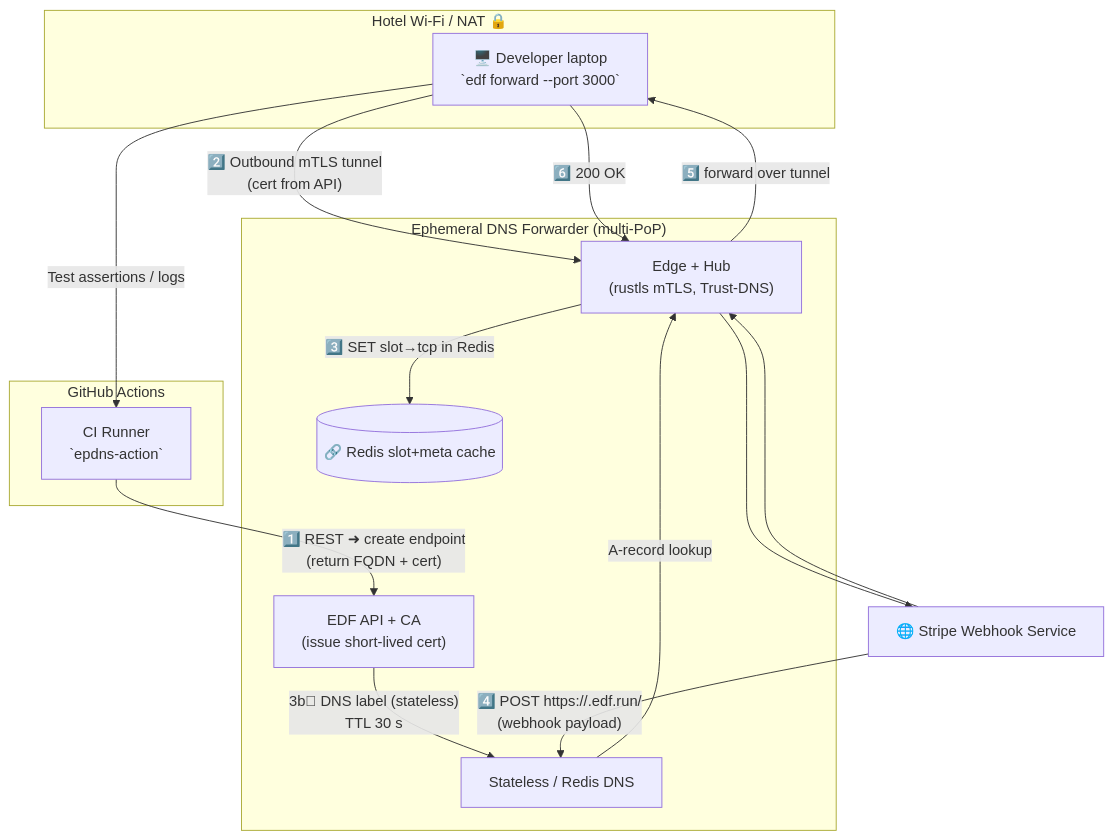
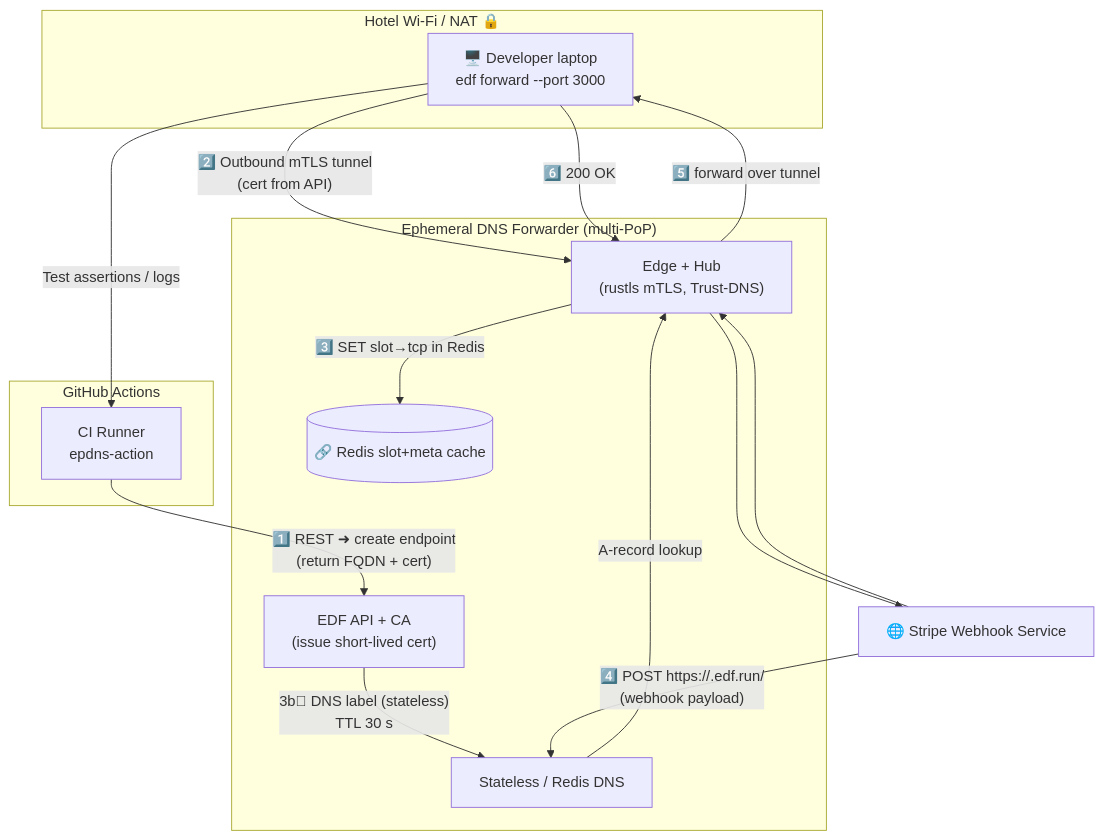
The first of 4 diagrams in README.md (microscaler/fleetingdns), drawn with Mermaid before and after one commit.

Commit message:
Diagram in hotel

````diff
--- a/README.md
+++ b/README.md
@@ -32,37 +32,37 @@
 ```mermaid
 flowchart TD
     %% Actors
     subgraph Hotel_Network["Hotel Wi-Fi / NAT 🔒"]
-        DevLaptop["🖥️ Developer laptop<br/>`edf forward --port 3000`"]
+        DevLaptop["🖥️ Developer laptop <br/> edf forward --port 3000"]
     end
 
     subgraph GitHub_Cloud["GitHub Actions"]
-        GHRunner["CI Runner<br/>`epdns-action`"]
+        GHRunner["CI Runner<br/>epdns-action"]
     end
 
     subgraph EDF_Cloud["Ephemeral DNS Forwarder (multi-PoP)"]
         API["EDF API + CA<br/>(issue short-lived cert)"]
         Redis[(🔗 Redis slot+meta cache)]
         EdgeHub["Edge + Hub<br/>(rustls mTLS, Trust-DNS)"]
         DNSAuth["Stateless / Redis DNS"]
     end
 
     Stripe["🌐 Stripe Webhook Service"]
 
     %% Provisioning / control plane
-    GHRunner -- "1️⃣ REST ➜ create endpoint\n(return FQDN + cert)" --> API
-    DevLaptop -- "2️⃣ Outbound mTLS tunnel\n(cert from API)" --> EdgeHub
+    GHRunner -- "1️⃣ REST ➜ create endpoint<br/>(return FQDN + cert)" --> API
+    DevLaptop -- "2️⃣ Outbound mTLS tunnel<br/>(cert from API)" --> EdgeHub
     EdgeHub -- "3️⃣ SET slot→tcp in Redis" --> Redis
-    API -- "3b️⃣ DNS label (stateless)\nTTL 30 s" --> DNSAuth
+    API -- "3b️⃣ DNS label (stateless)<br/>TTL 30 s" --> DNSAuth
 
     %% Web-hook data plane
-    Stripe -- "4️⃣ POST https://<label>.edf.run/\n(webhook payload)" --> DNSAuth
+    Stripe -- "4️⃣ POST https://<label>.edf.run/<br/>(webhook payload)" --> DNSAuth
     DNSAuth -- "A-record lookup" --> EdgeHub
     Stripe ---> EdgeHub
     EdgeHub -- "5️⃣ forward over tunnel" --> DevLaptop
     DevLaptop -- "6️⃣ 200 OK" --> EdgeHub
     EdgeHub --> Stripe
 
     %% Return path for CI logs
     DevLaptop -- "Test assertions / logs" --> GHRunner
 ```
````
